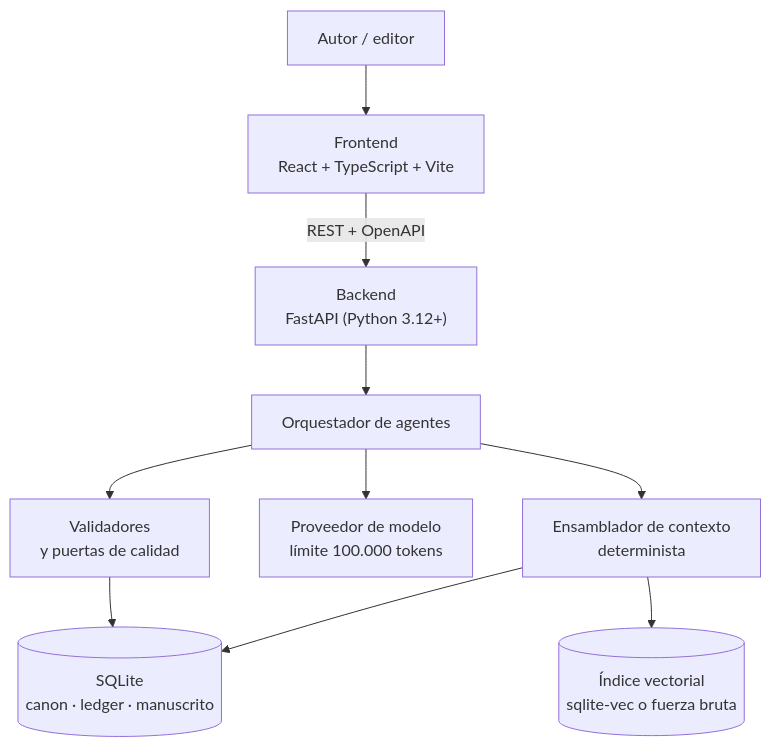
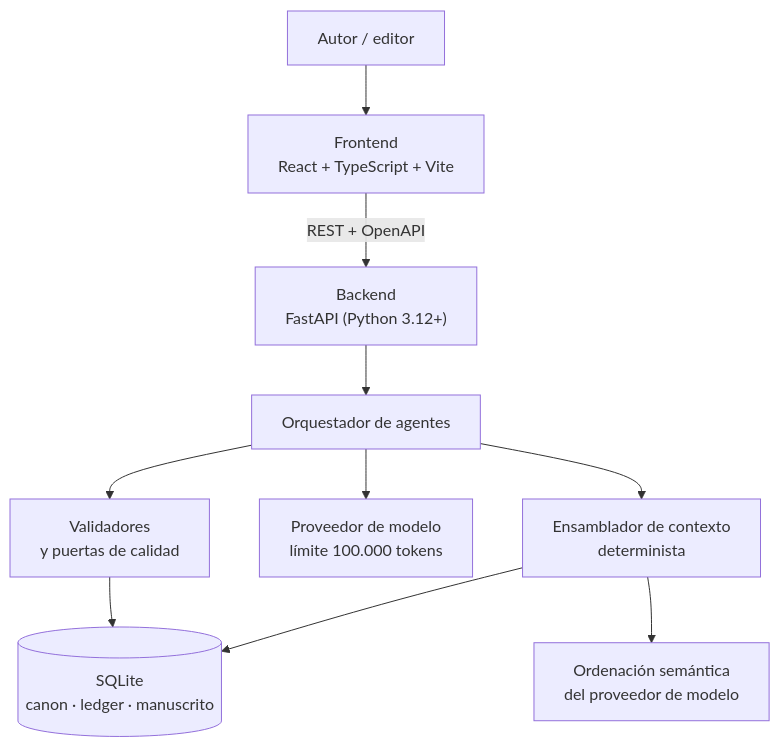
The first of 6 diagrams in docs/architecture.md (maujimenez4/ciberpunk-storymaker), drawn with Mermaid before and after one commit. The commit also changed other lines of this file and 2 other files, not shown here.

First line of the commit message:
D-02 revisada: se retira la busqueda vectorial

````diff
--- a/docs/architecture.md
+++ b/docs/architecture.md
@@ -15,12 +15,12 @@
 ```mermaid
 flowchart TD
   U["Autor / editor"] --> FE["Frontend<br/>React + TypeScript + Vite"]
   FE -->|REST + OpenAPI| BE["Backend<br/>FastAPI (Python 3.12+)"]
   BE --> ORQ["Orquestador de agentes"]
   ORQ --> ENS["Ensamblador de contexto<br/>determinista"]
   ENS --> DB[("SQLite<br/>canon · ledger · manuscrito")]
-  ENS --> VEC[("Índice vectorial<br/>sqlite-vec o fuerza bruta")]
+  ENS --> REC["Ordenación semántica<br/>del proveedor de modelo"]
   ORQ --> LLM["Proveedor de modelo<br/>límite 100.000 tokens"]
   ORQ --> VAL["Validadores<br/>y puertas de calidad"]
   VAL --> DB
 ```
````
